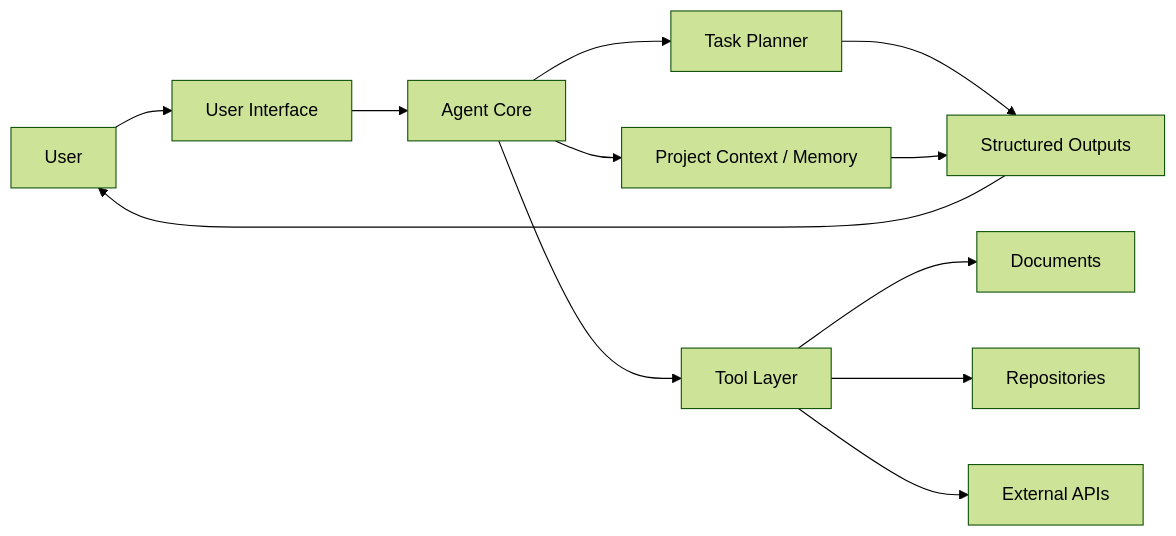
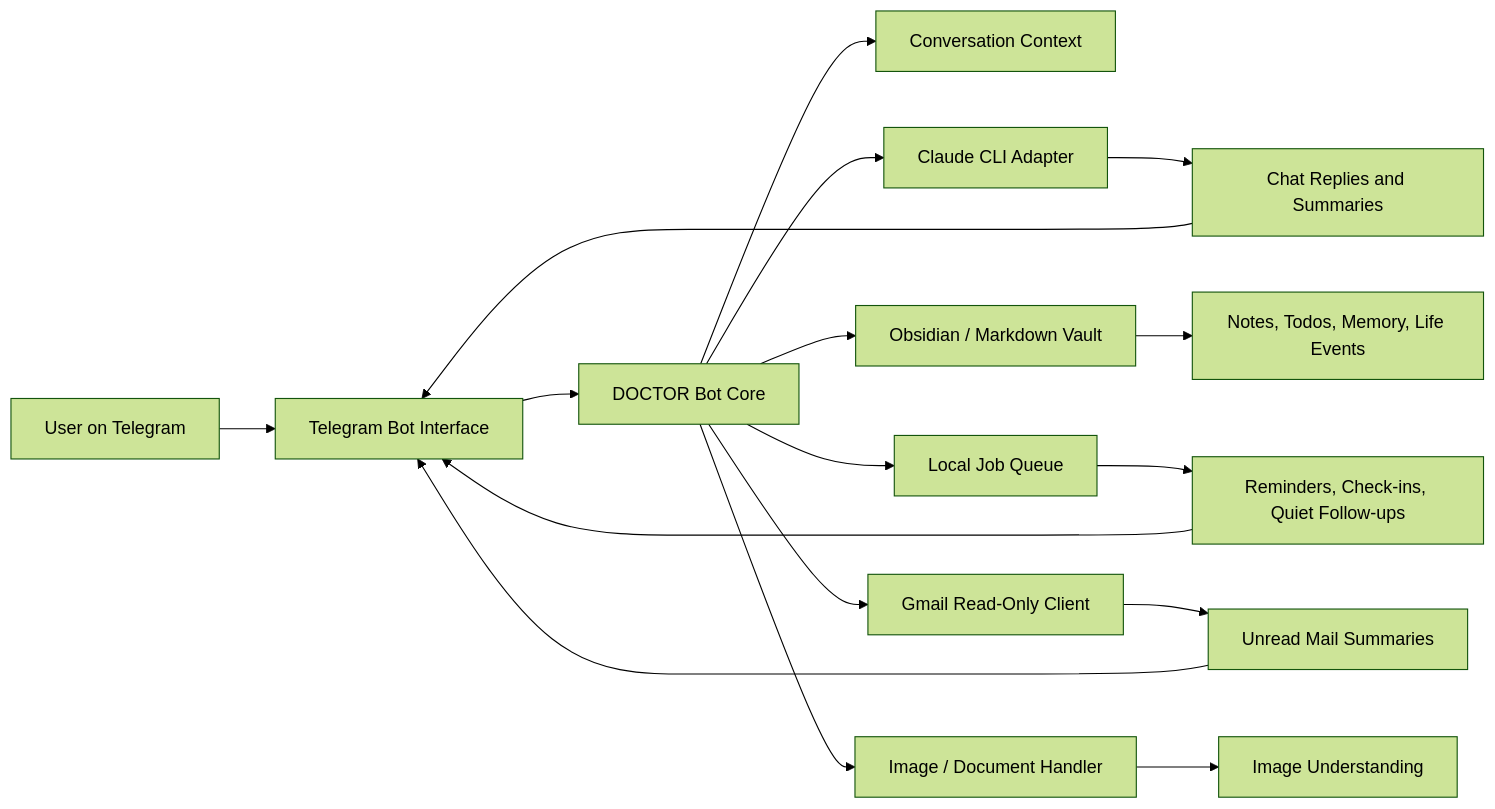
Before and after one commit to t9ouclwa/AI-Productivity-Agent: the diagram in docs/architecture.mmd, drawn with Mermaid (forest theme). The commit also changed 2 other files, not shown here.

Commit message:
Document DOCTOR project

```diff
--- a/docs/architecture.mmd
+++ b/docs/architecture.mmd
@@ -1,12 +1,20 @@
 flowchart LR
-    User["User"] --> Interface["User Interface"]
-    Interface --> AgentCore["Agent Core"]
-    AgentCore --> Planner["Task Planner"]
-    AgentCore --> Memory["Project Context / Memory"]
-    AgentCore --> Tools["Tool Layer"]
-    Tools --> Documents["Documents"]
-    Tools --> Repositories["Repositories"]
-    Tools --> ExternalAPIs["External APIs"]
-    Planner --> Outputs["Structured Outputs"]
-    Memory --> Outputs
-    Outputs --> User
+    User["User on Telegram"] --> Telegram["Telegram Bot Interface"]
+    Telegram --> Bot["DOCTOR Bot Core"]
+
+    Bot --> Context["Conversation Context"]
+    Bot --> LLM["Claude CLI Adapter"]
+    Bot --> Vault["Obsidian / Markdown Vault"]
+    Bot --> Jobs["Local Job Queue"]
+    Bot --> Gmail["Gmail Read-Only Client"]
+    Bot --> Media["Image / Document Handler"]
+
+    LLM --> Replies["Chat Replies and Summaries"]
+    Vault --> Notes["Notes, Todos, Memory, Life Events"]
+    Jobs --> Reminders["Reminders, Check-ins, Quiet Follow-ups"]
+    Gmail --> MailSummary["Unread Mail Summaries"]
+    Media --> ImageUnderstanding["Image Understanding"]
+
+    Replies --> Telegram
+    Reminders --> Telegram
+    MailSummary --> Telegram
```
